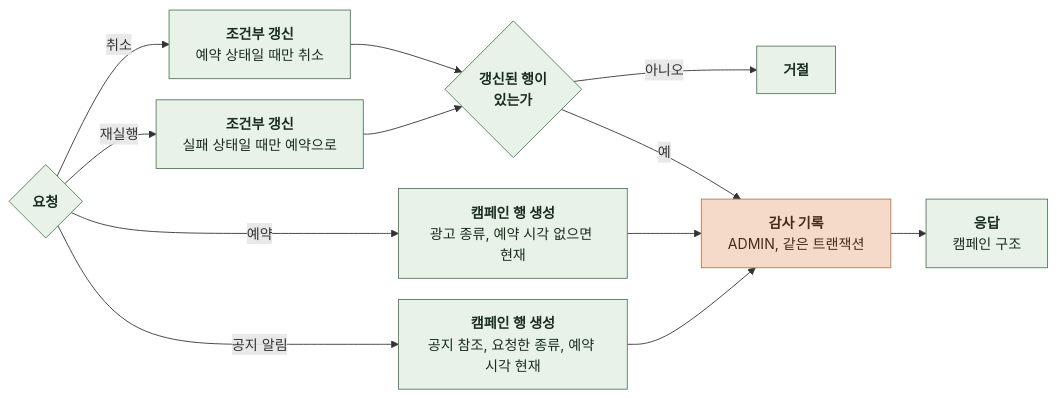
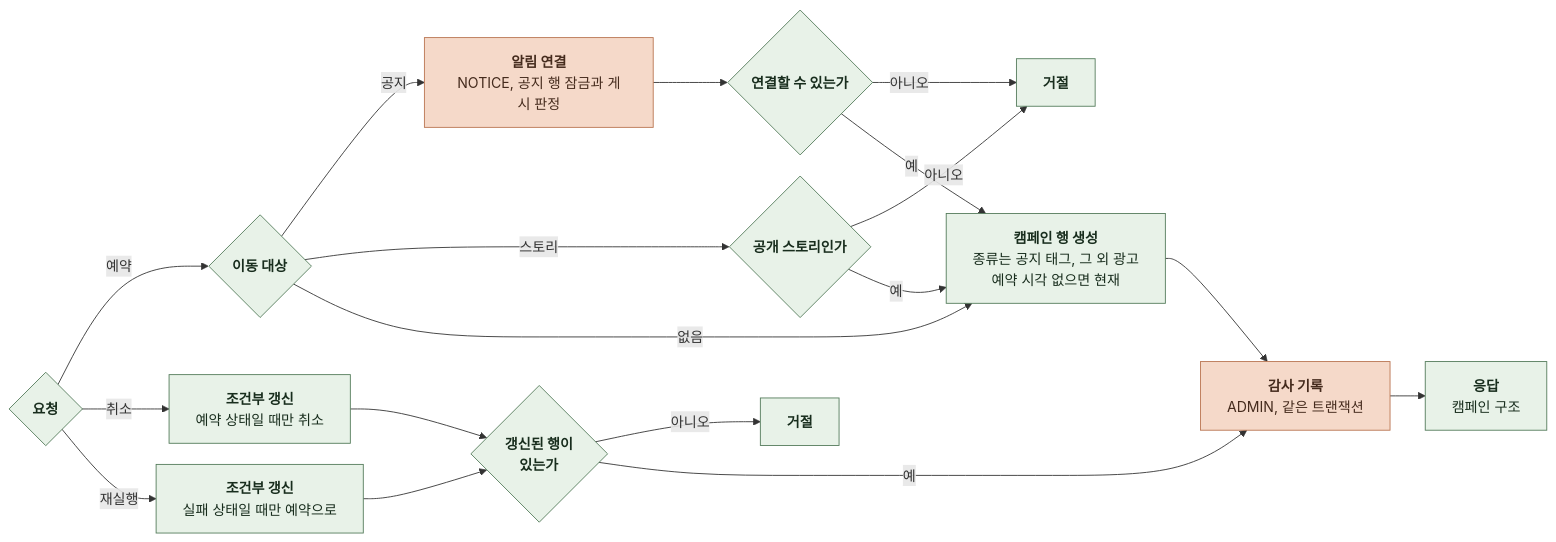
Diagram 15 of 20 in docs/domain/NOTIFICATION/BACKEND/4-1-PIPELINES.md (KIM-N-KANG/knk-harness), drawn with Mermaid before and after one commit. The commit also changed other lines of this file and 35 other files, not shown here.

````diff
--- a/docs/domain/NOTIFICATION/BACKEND/4-1-PIPELINES.md
+++ b/docs/domain/NOTIFICATION/BACKEND/4-1-PIPELINES.md
@@ -500,26 +511,33 @@
 ```mermaid
 %%{init: {"flowchart": {"curve": "basis", "nodeSpacing": 24, "rankSpacing": 40}}}%%
 flowchart LR
-    A{"`**요청**`"} -->|예약| B["`**캠페인 행 생성**
-광고 종류, 예약 시각 없으면 현재`"]
+    A{"`**요청**`"} -->|예약| E{"`**이동 대상**`"}
+    E -->|공지| L["`**알림 연결**
+NOTICE, 공지 행 잠금과 게시 판정`"]
+    L --> M{"`**연결할 수 있는가**`"}
+    M -->|아니오| X["`**거절**`"]
+    E -->|스토리| P{"`**공개 스토리인가**`"}
+    P -->|아니오| X
+    M -->|예| B["`**캠페인 행 생성**
+종류는 공지 태그, 그 외 광고
+예약 시각 없으면 현재`"]
+    P -->|예| B
+    E -->|없음| B
     A -->|취소| C["`**조건부 갱신**
 예약 상태일 때만 취소`"]
     A -->|재실행| D["`**조건부 갱신**
 실패 상태일 때만 예약으로`"]
-    A -->|공지 알림| E["`**캠페인 행 생성**
-공지 참조, 요청한 종류, 예약 시각 현재`"]
     C --> F{"`**갱신된 행이
 있는가**`"}
     D --> F
-    F -->|아니오| X["`**거절**`"]
+    F -->|아니오| Y["`**거절**`"]
     F -->|예| G["`**감사 기록**
 ADMIN, 같은 트랜잭션`"]
     B --> G
-    E --> G
     G --> H["`**응답**
 캠페인 구조`"]
     classDef comp fill:#E8F2E8,stroke:#527A59,color:#182D1D
     classDef task fill:#F5D9C9,stroke:#B97450,color:#452B1D
-    class A,B,C,D,E,F,H,X comp
-    class G task
+    class A,B,C,D,E,F,H,M,P,X,Y comp
+    class G,L task
 ```
````
